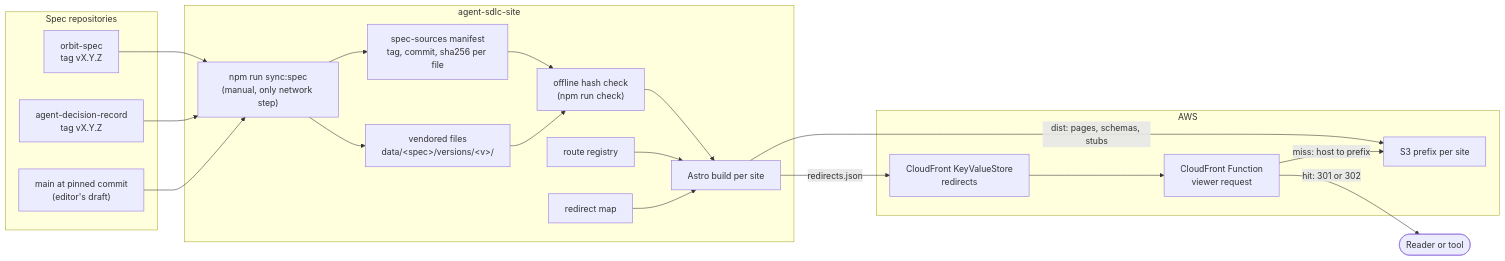
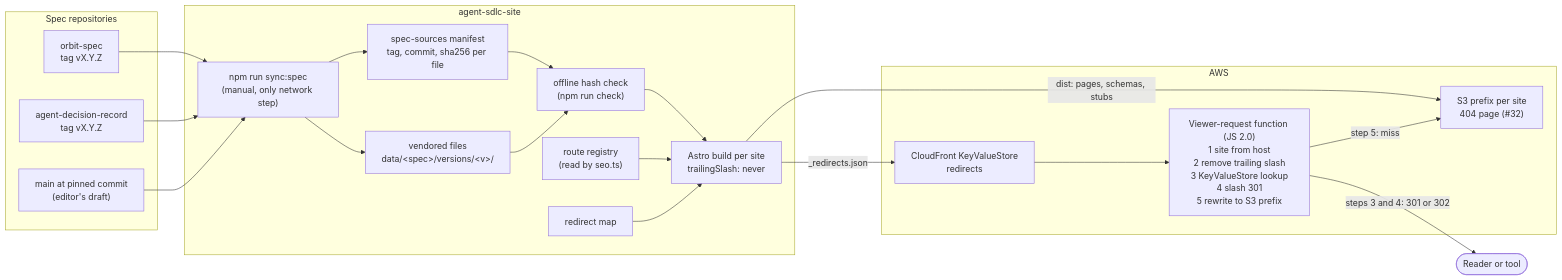
Before and after one commit to me2resh/agent-sdlc-site: the diagram in docs/design/2026-09-25-standards-site-structure-technical-design.md, drawn with Mermaid. The commit also changed other lines of this file, not shown here.

First line of the commit message:
docs: revise the standards site structure design after architecture review

````diff
--- a/docs/design/2026-09-25-standards-site-structure-technical-design.md
+++ b/docs/design/2026-09-25-standards-site-structure-technical-design.md
@@ -65,37 +67,37 @@
 ```mermaid
 flowchart LR
   subgraph Upstream["Spec repositories"]
     T1["orbit-spec<br/>tag vX.Y.Z"]
     T2["agent-decision-record<br/>tag vX.Y.Z"]
     M["main at pinned commit<br/>(editor's draft)"]
   end
   subgraph Repo["agent-sdlc-site"]
     SY["npm run sync:spec<br/>(manual, only network step)"]
     MF["spec-sources manifest<br/>tag, commit, sha256 per file"]
     VD["vendored files<br/>data/&lt;spec&gt;/versions/&lt;v&gt;/"]
     CK["offline hash check<br/>(npm run check)"]
-    RR["route registry"]
+    RR["route registry<br/>(read by seo.ts)"]
     RM["redirect map"]
-    AB["Astro build per site"]
+    AB["Astro build per site<br/>trailingSlash: never"]
   end
   subgraph Edge["AWS"]
     KV["CloudFront KeyValueStore<br/>redirects"]
-    CF["CloudFront Function<br/>viewer request"]
-    S3["S3 prefix per site"]
+    CF["Viewer-request function (JS 2.0)<br/>1 site from host<br/>2 remove trailing slash<br/>3 KeyValueStore lookup<br/>4 slash 301<br/>5 rewrite to S3 prefix"]
+    S3["S3 prefix per site<br/>404 page (#32)"]
   end
   T1 --> SY
   T2 --> SY
   M --> SY
   SY --> VD
   SY --> MF
   MF --> CK
   VD --> CK
   CK --> AB
   RR --> AB
   RM --> AB
   AB -->|"dist: pages, schemas, stubs"| S3
-  AB -->|"redirects.json"| KV
+  AB -->|"_redirects.json"| KV
   KV --> CF
-  CF -->|"hit: 301 or 302"| Client(["Reader or tool"])
-  CF -->|"miss: host to prefix"| S3
+  CF -->|"steps 3 and 4: 301 or 302"| Client(["Reader or tool"])
+  CF -->|"step 5: miss"| S3
 ```
````
